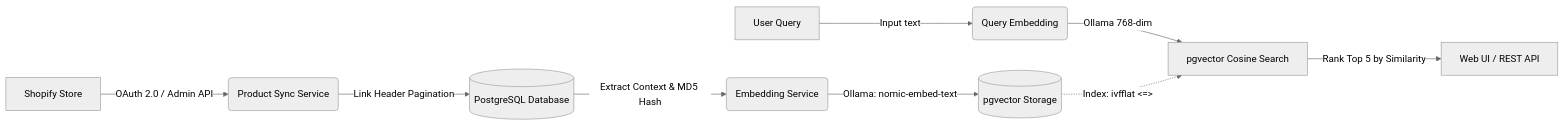
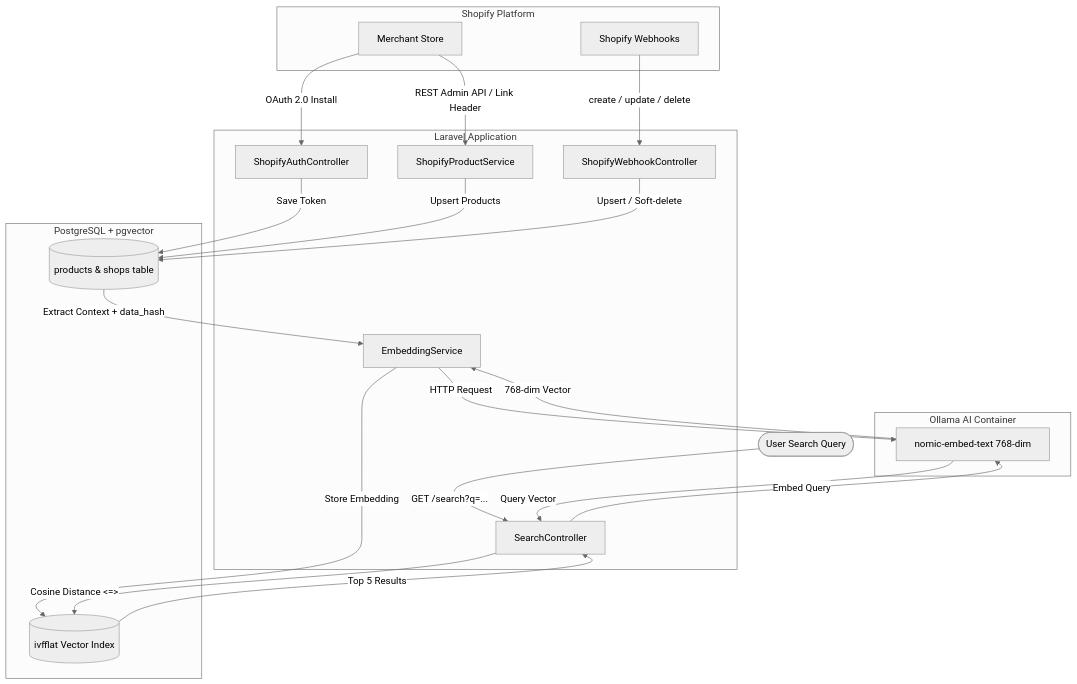
One commit to hoangvantuan1105/shopify_test changed the diagram in README.md. Above: the diagram before and after it, drawn with Mermaid (neutral theme). The commit also changed other lines of this file and 5 other files, not shown here.

````diff
--- a/README.md
+++ b/README.md
@@ -24,12 +23,41 @@
 ```mermaid
-flowchart LR
-    A[Shopify Store] -->|OAuth 2.0 / Admin API| B(Product Sync Service)
-    B -->|Link Header Pagination| C[(PostgreSQL Database)]
-    C -->|Extract Context & MD5 Hash| D(Embedding Service)
-    D -->|Ollama: nomic-embed-text| E[(pgvector Storage)]
-    
-    F[User Query] -->|Input text| G(Query Embedding)
-    G -->|Ollama 768-dim| H[pgvector Cosine Search]
-    E -.->|Index: ivfflat <=>| H
-    H -->|Rank Top 5 by Similarity| I[Web UI / REST API]
+flowchart TD
+    subgraph Shopify["Shopify Platform"]
+        Shop[Merchant Store]
+        Webhook[Shopify Webhooks]
+    end
+
+    subgraph App["Laravel Application"]
+        OAuth[ShopifyAuthController]
+        SyncService[ShopifyProductService]
+        WebhookController[ShopifyWebhookController]
+        EmbedService[EmbeddingService]
+        SearchController[SearchController]
+    end
+
+    subgraph Storage["PostgreSQL + pgvector"]
+        DB[(products & shops table)]
+        IVF[(ivfflat Vector Index)]
+    end
+
+    subgraph AI["Ollama AI Container"]
+        Ollama[nomic-embed-text 768-dim]
+    end
+
+    Shop -->|OAuth 2.0 Install| OAuth
+    OAuth -->|Save Token| DB
+    Shop -->|REST Admin API / Link Header| SyncService
+    Webhook -->|create / update / delete| WebhookController
+    SyncService -->|Upsert Products| DB
+    WebhookController -->|Upsert / Soft-delete| DB
+    DB -->|Extract Context + data_hash| EmbedService
+    EmbedService -->|HTTP Request| Ollama
+    Ollama -->|768-dim Vector| EmbedService
+    EmbedService -->|Store Embedding| IVF
+
+    User([User Search Query]) -->|GET /search?q=...| SearchController
+    SearchController -->|Embed Query| Ollama
+    Ollama -->|Query Vector| SearchController
+    SearchController -->|Cosine Distance <=> | IVF
+    IVF -->|Top 5 Results| SearchController
 ```
````
